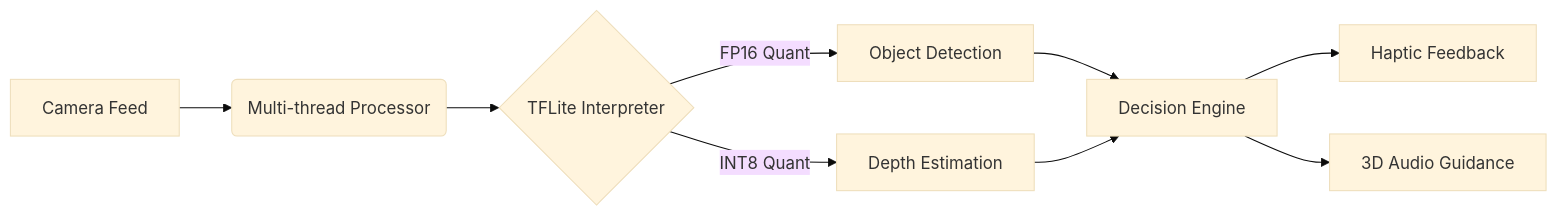
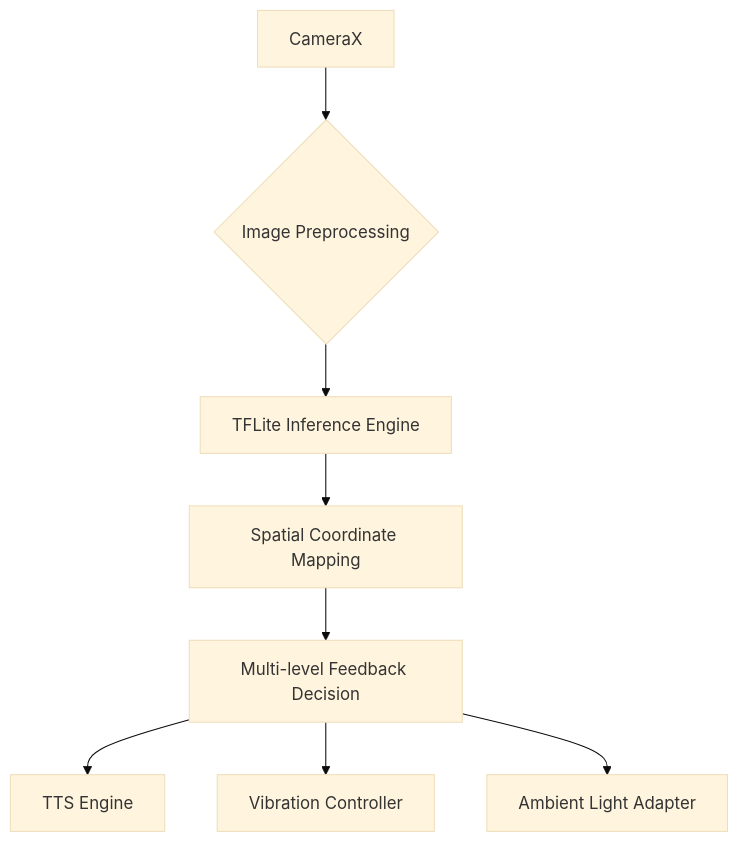
The first of 2 diagrams in README.md (RUV2005/RUV2005), drawn with Mermaid (base theme) before and after one commit. The commit also changed other lines of this file, not shown here.

````diff
--- a/README.md
+++ b/README.md
@@ -44,11 +51,10 @@
 ```mermaid
-graph LR
-    A[Camera Feed] --> B(Multi-thread Processor)
-    B --> C{TFLite Interpreter}
-    C -->|FP16 Quant| D[Object Detection]
-    C -->|INT8 Quant| E[Depth Estimation]
-    D --> F[Decision Engine]
-    E --> F
-    F --> G[Haptic Feedback]
-    F --> H[3D Audio Guidance]
+graph TD
+    A[CameraX] --> B{Image Preprocessing}
+    B --> C[TFLite Inference Engine]
+    C --> D[Spatial Coordinate Mapping]
+    D --> E[Multi-level Feedback Decision]
+    E --> F[TTS Engine]
+    E --> G[Vibration Controller]
+    E --> H[Ambient Light Adapter]
 ```
````
